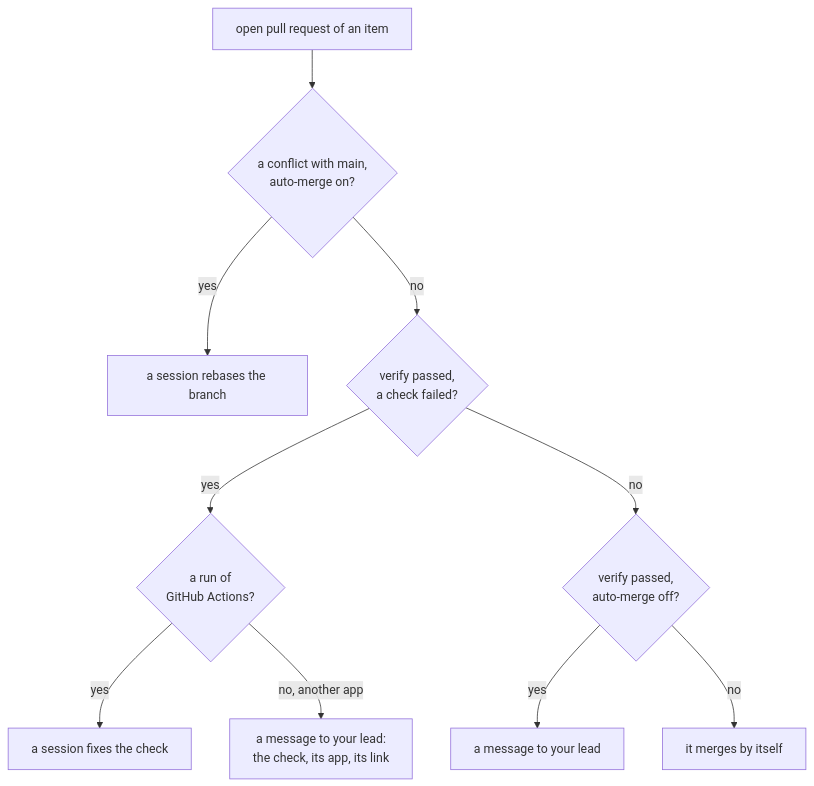
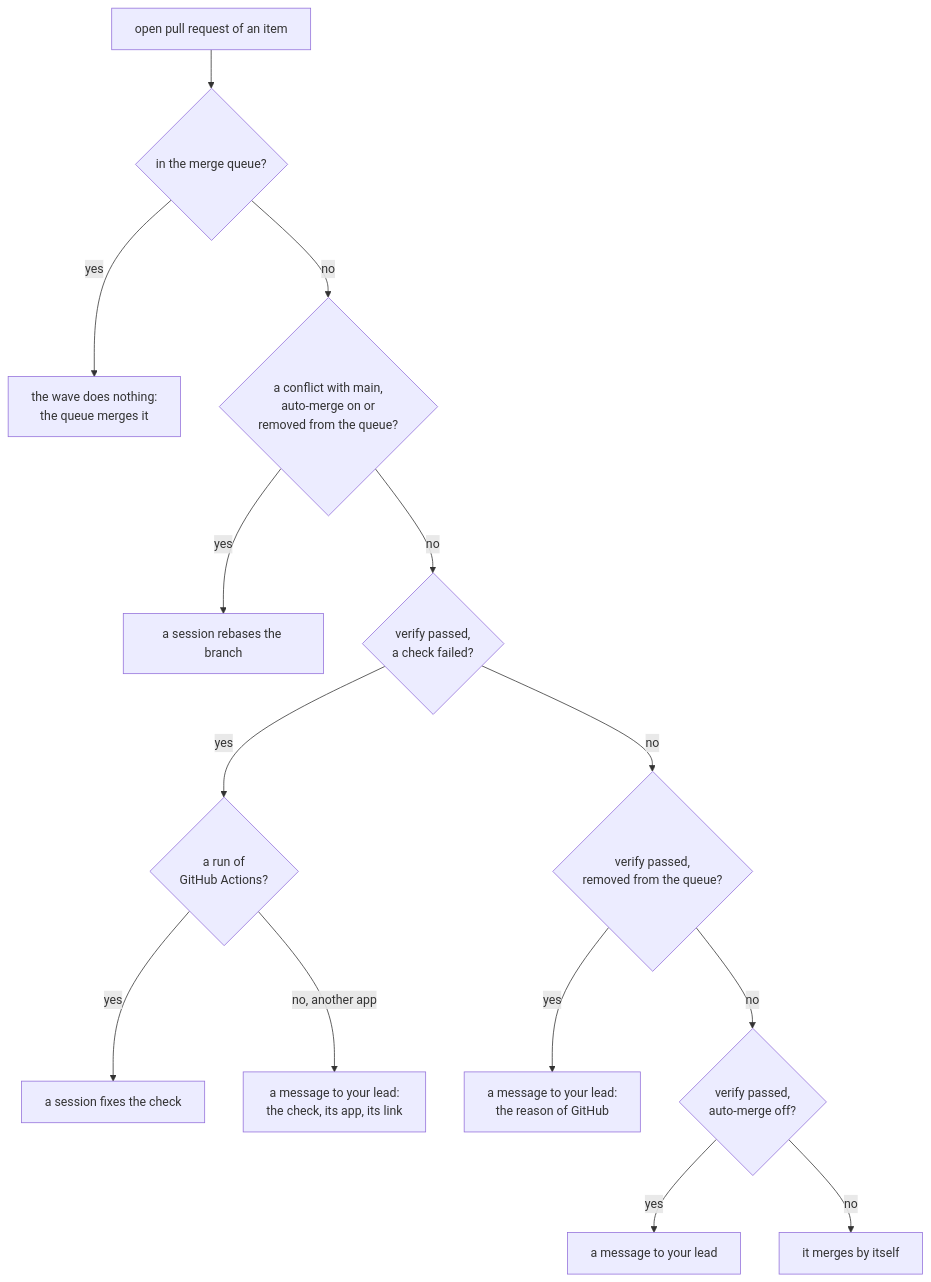
Before and after one commit to como-technologies/riff: diagram 21 of 49 in docs/src/development.md, drawn with Mermaid. The commit also changed other lines of this file and 16 other files, not shown here.

First line of the commit message:
A merge queue on main: the wave leaves a queued pull request alone (#1505)

````diff
--- a/docs/src/development.md
+++ b/docs/src/development.md
@@ -1664,12 +1740,16 @@
 ```mermaid
 flowchart TD
-    P["open pull request of an item"] --> C{"a conflict with main,<br/>auto-merge on?"}
+    P["open pull request of an item"] --> Q{"in the merge queue?"}
+    Q -- yes --> W["the wave does nothing:<br/>the queue merges it"]
+    Q -- no --> C{"a conflict with main,<br/>auto-merge on or<br/>removed from the queue?"}
     C -- yes --> R["a session rebases the branch"]
     C -- no --> F{"verify passed,<br/>a check failed?"}
     F -- yes --> G{"a run of<br/>GitHub Actions?"}
     G -- yes --> B["a session fixes the check"]
     G -- "no, another app" --> N["a message to your lead:<br/>the check, its app, its link"]
-    F -- no --> A{"verify passed,<br/>auto-merge off?"}
+    F -- no --> D{"verify passed,<br/>removed from the queue?"}
+    D -- yes --> M2["a message to your lead:<br/>the reason of GitHub"]
+    D -- no --> A{"verify passed,<br/>auto-merge off?"}
     A -- yes --> M["a message to your lead"]
     A -- no --> OK["it merges by itself"]
 ```
````
